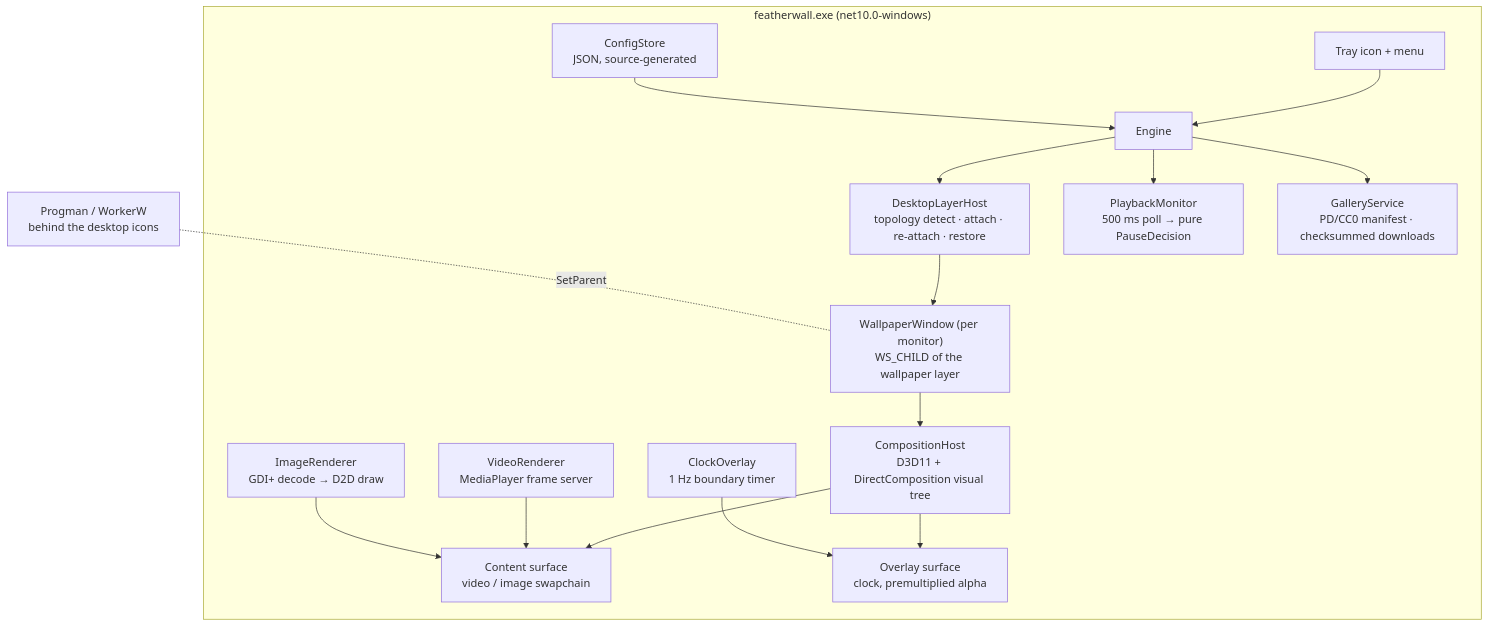
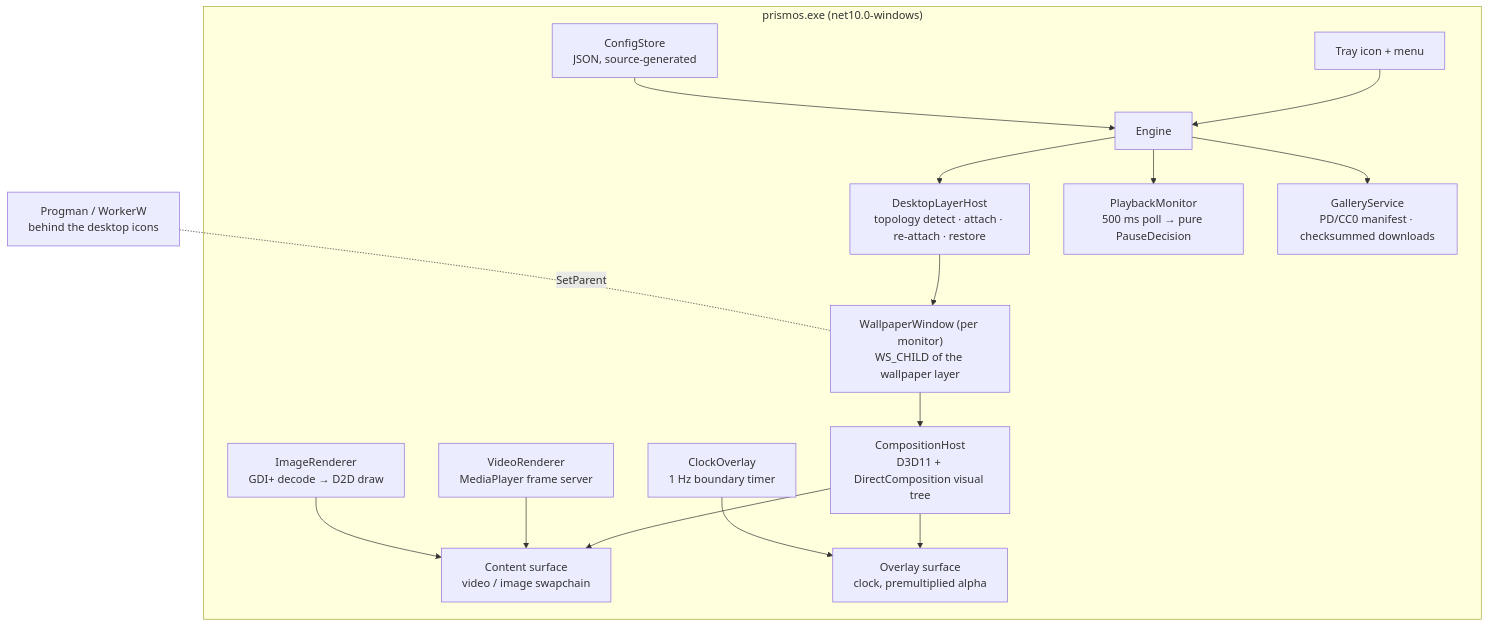
The diagram in docs/architecture.md (RitvikDayal/featherwall), drawn with Mermaid before and after one commit. The commit also changed other lines of this file and 231 other files, not shown here.

````diff
--- a/docs/architecture.md
+++ b/docs/architecture.md
@@ -5,18 +5,18 @@
 ```mermaid
 graph TD
-    subgraph "featherwall.exe (net10.0-windows)"
+    subgraph "prismos.exe (net10.0-windows)"
         TRAY[Tray icon + menu] --> ENGINE[Engine]
         CFG[ConfigStore<br/>JSON, source-generated] --> ENGINE
         ENGINE --> DLH[DesktopLayerHost<br/>topology detect · attach · re-attach · restore]
         ENGINE --> PM[PlaybackMonitor<br/>500 ms poll → pure PauseDecision]
         ENGINE --> GAL[GalleryService<br/>PD/CC0 manifest · checksummed downloads]
         DLH --> WW["WallpaperWindow (per monitor)<br/>WS_CHILD of the wallpaper layer"]
         WW --> HOST[CompositionHost<br/>D3D11 + DirectComposition visual tree]
         HOST --> CV[Content surface<br/>video / image swapchain]
         HOST --> OV[Overlay surface<br/>clock, premultiplied alpha]
         VR[VideoRenderer<br/>MediaPlayer frame server] --> CV
         IR[ImageRenderer<br/>GDI+ decode → D2D draw] --> CV
         CLK[ClockOverlay<br/>1 Hz boundary timer] --> OV
     end
     SHELL[Progman / WorkerW<br/>behind the desktop icons] -. SetParent .- WW
 ```
````
